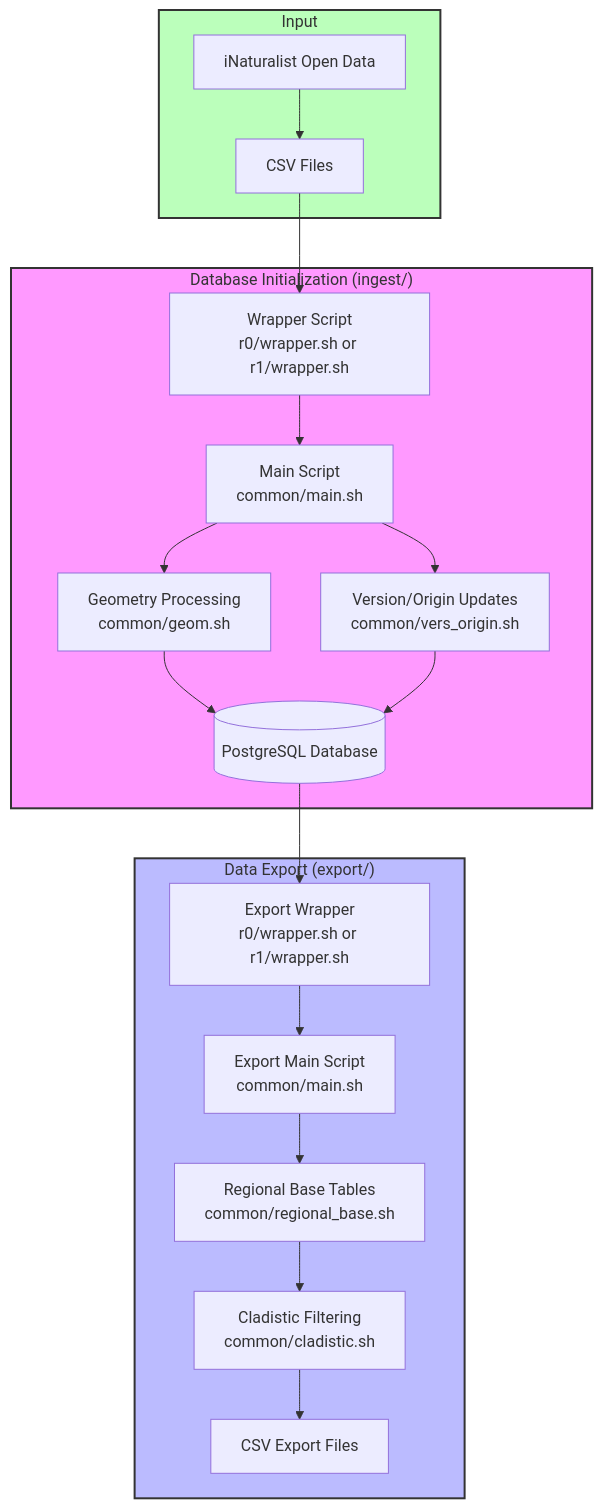
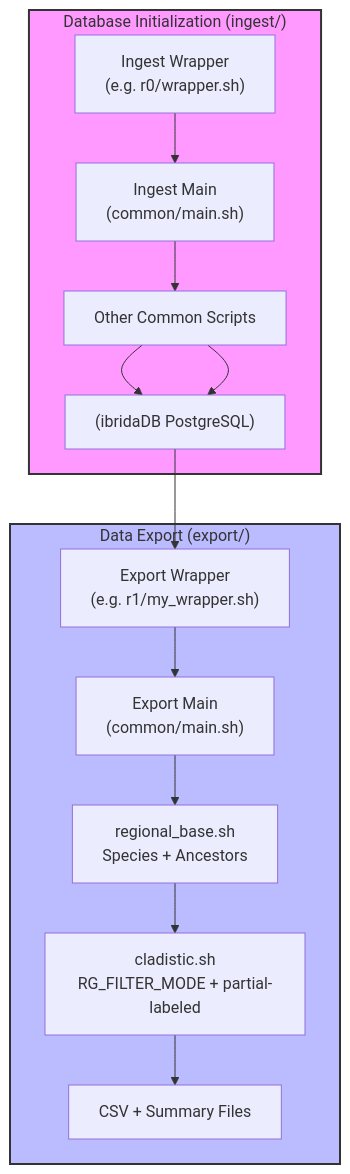
One commit to frontierkodiak/ibridaDB changed the diagram in dbTools/FLOW.md. Above: the diagram before and after it, drawn with Mermaid. The commit also changed 15 other files, not shown here.

````diff
--- a/dbTools/FLOW.md
+++ b/dbTools/FLOW.md
@@ -1,40 +1,32 @@
 ```mermaid
 flowchart TB
-    subgraph Input
-        inat[iNaturalist Open Data]
-        csv[CSV Files]
-    end
 
     subgraph Ingest["Database Initialization (ingest/)"]
-        wrapper[Wrapper Script\nr0/wrapper.sh or r1/wrapper.sh]
-        main[Main Script\ncommon/main.sh]
-        geom[Geometry Processing\ncommon/geom.sh]
-        vers[Version/Origin Updates\ncommon/vers_origin.sh]
-        db[(PostgreSQL Database)]
+        i_wrap["Ingest Wrapper<br/>(e.g. r0/wrapper.sh)"]
+        i_main["Ingest Main<br/>(common/main.sh)"]
+        i_other["Other Common Scripts"]
+        db["(ibridaDB PostgreSQL)"]
+        i_wrap --> i_main
+        i_main --> i_other
+        i_other --> db
     end
 
     subgraph Export["Data Export (export/)"]
-        exp_wrapper[Export Wrapper\nr0/wrapper.sh or r1/wrapper.sh]
-        exp_main[Export Main Script\ncommon/main.sh]
-        reg_base[Regional Base Tables\ncommon/regional_base.sh]
-        clad[Cladistic Filtering\ncommon/cladistic.sh]
-        csv_out[CSV Export Files]
+        e_wrap["Export Wrapper<br/>(e.g. r1/my_wrapper.sh)"]
+        e_main["Export Main<br/>(common/main.sh)"]
+        rbase["regional_base.sh<br/>Species + Ancestors"]
+        clad["cladistic.sh<br/>RG_FILTER_MODE + partial-labeled"]
+        csv_out["CSV + Summary Files"]
+        e_wrap --> e_main
+        e_main --> rbase
+        rbase --> clad
+        clad --> csv_out
     end
 
-    inat --> csv
-    csv --> wrapper
-    wrapper --> main
-    main --> geom
-    main --> vers
-    geom --> db
-    vers --> db
-    db --> exp_wrapper
-    exp_wrapper --> exp_main
-    exp_main --> reg_base
-    reg_base --> clad
-    clad --> csv_out
+    i_other --> db
+    db --> e_wrap
 
     style Ingest fill:#f9f,stroke:#333,stroke-width:2px
     style Export fill:#bbf,stroke:#333,stroke-width:2px
-    style Input fill:#bfb,stroke:#333,stroke-width:2px
+
 ```
````
